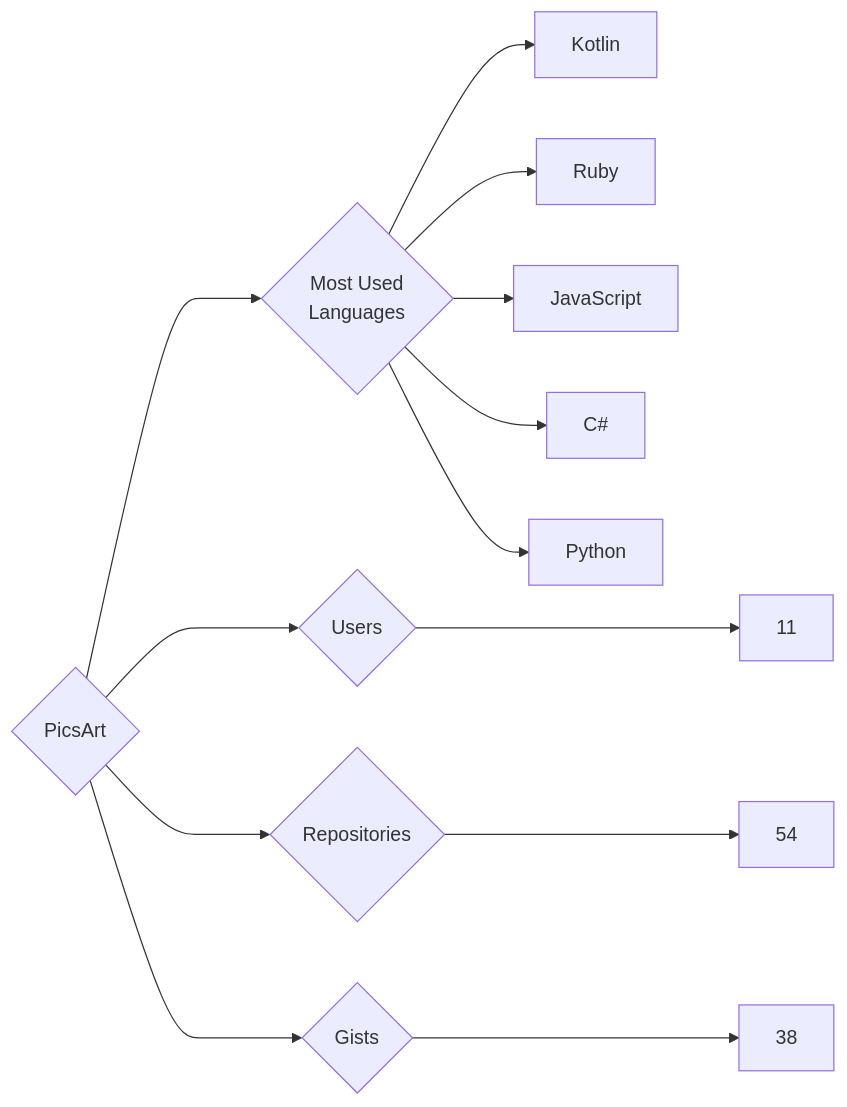
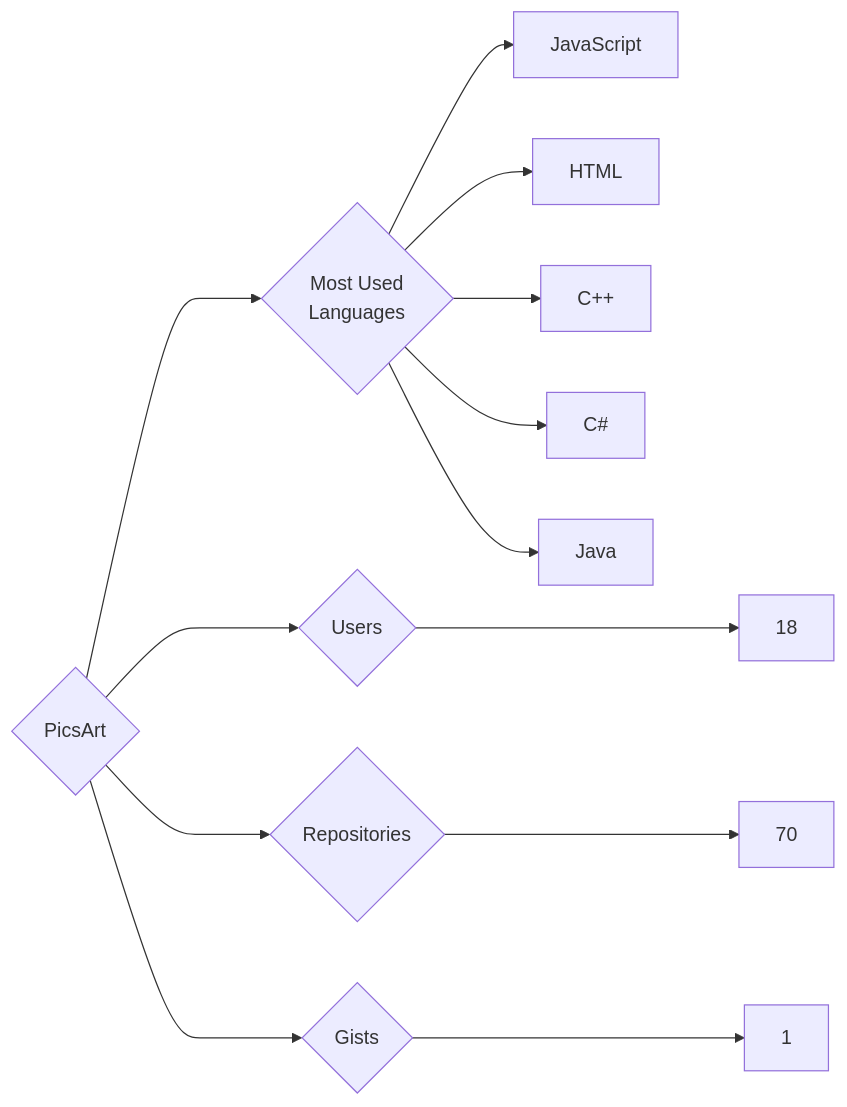
One commit to trickest/insiders changed the diagram in targets/PicsArt/README.md. Above: the diagram before and after it, drawn with Mermaid. The commit also changed 1508 other files, not shown here.

````diff
--- a/targets/PicsArt/README.md
+++ b/targets/PicsArt/README.md
@@ -3,13 +3,13 @@
 ```mermaid
 graph LR
 COMPANY_NAME{PicsArt}
-COMPANY_NAME ---> U{Users} ---> UN[11]
-COMPANY_NAME ---> R{Repositories} ---> RN[54]
-COMPANY_NAME ---> G{Gists} ---> GN[38]
+COMPANY_NAME ---> U{Users} ---> UN[18]
+COMPANY_NAME ---> R{Repositories} ---> RN[70]
+COMPANY_NAME ---> G{Gists} ---> GN[1]
 COMPANY_NAME ---> ML{Most Used<br>Languages}
-ML --> Kotlin[Kotlin]
-ML --> Ruby[Ruby]
 ML --> JavaScript[JavaScript]
+ML --> HTML[HTML]
+ML --> C++[C++]
 ML --> C#[C#]
-ML --> Python[Python]
+ML --> Java[Java]
 ```
````
